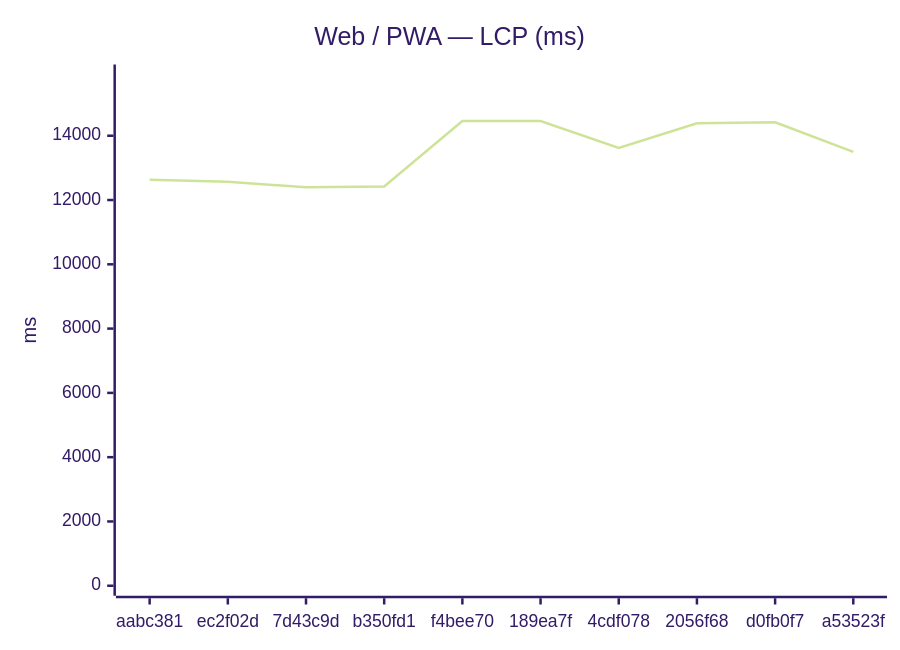
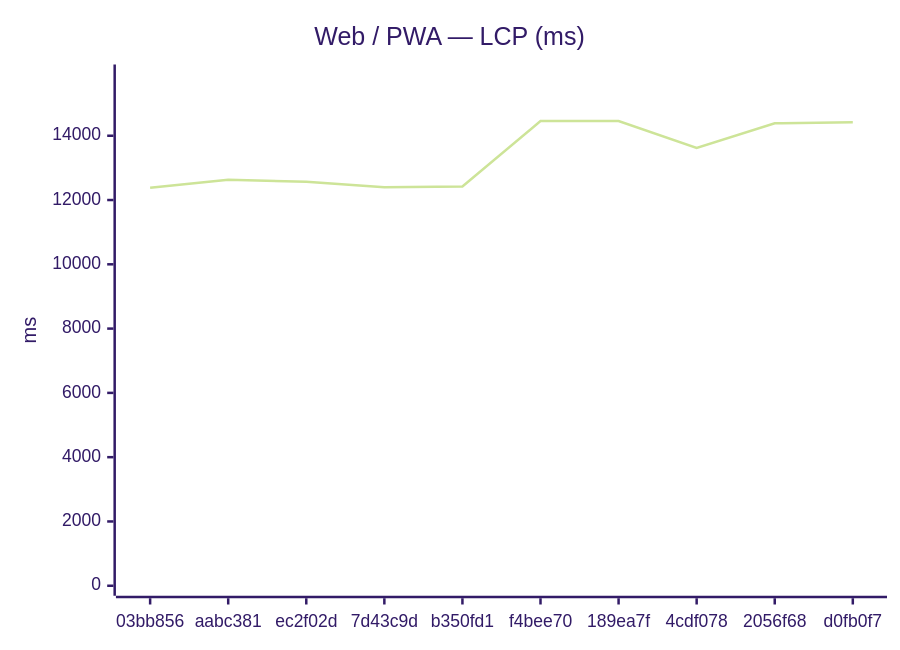
Before and after one commit to Metaheurist/Rianell: the first of 18 diagrams in benchmarks/compare.md, drawn with Mermaid (forest theme). The commit also changed other lines of this file and 11 other files, not shown here.

````diff
--- a/benchmarks/compare.md
+++ b/benchmarks/compare.md
@@ -24,7 +24,7 @@
 ```mermaid
 xychart-beta
     title "Web / PWA — LCP (ms)"
-    x-axis ["aabc381", "ec2f02d", "7d43c9d", "b350fd1", "f4bee70", "189ea7f", "4cdf078", "2056f68", "d0fb0f7", "a53523f"]
+    x-axis ["03bb856", "aabc381", "ec2f02d", "7d43c9d", "b350fd1", "f4bee70", "189ea7f", "4cdf078", "2056f68", "d0fb0f7"]
     y-axis "ms" 0 --> 15905
-    line [12632, 12566, 12399, 12420, 14457, 14459, 13617, 14386, 14419, 13497]
+    line [12382, 12632, 12566, 12399, 12420, 14457, 14459, 13617, 14386, 14419]
 ```
````
